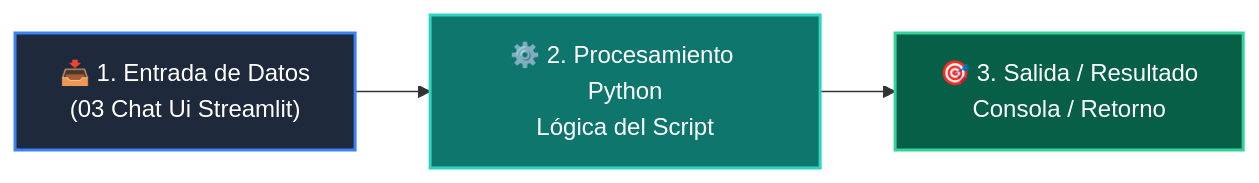
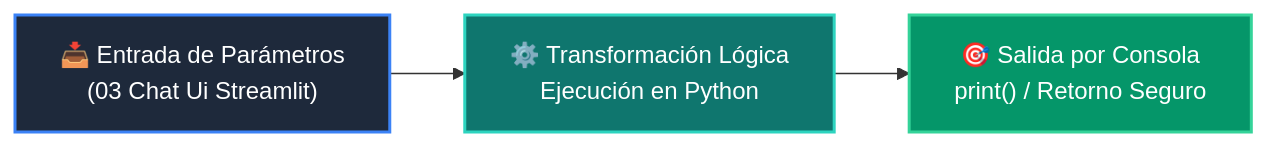
One commit to wisrovi/wisrovi-python changed the diagram in 04-proyecto-final/clase-05-integracion-agente-ia/ejemplos/ejemplo_03_chat_ui_streamlit/README.md. Above: the diagram before and after it, drawn with Mermaid. The commit also changed other lines of this file and 226 other files, not shown here.

Commit message:
docs: elevate all repository READMEs to world-class mastery standard with rich pedagogical architecture, custom Mermaids, and professional styling

````diff
--- a/04-proyecto-final/clase-05-integracion-agente-ia/ejemplos/ejemplo_03_chat_ui_streamlit/README.md
+++ b/04-proyecto-final/clase-05-integracion-agente-ia/ejemplos/ejemplo_03_chat_ui_streamlit/README.md
@@ -12,9 +19,9 @@
 ```mermaid
 flowchart LR
-    A["📥 1. Entrada de Datos<br/>(03 Chat Ui Streamlit)"] --> B["⚙️ 2. Procesamiento Python<br/>Lógica del Script"]
-    B --> C["🎯 3. Salida / Resultado<br/>Consola / Retorno"]
+    A["📥 Entrada de Parámetros<br/>(03 Chat Ui Streamlit)"] --> B["⚙️ Transformación Lógica<br/>Ejecución en Python"]
+    B --> C["🎯 Salida por Consola<br/>print() / Retorno Seguro"]
 
-    style A fill:#1e293b,color:#fff,stroke:#3b82f6,stroke-width:2px
-    style B fill:#0f766e,color:#fff,stroke:#2dd4bf,stroke-width:2px
-    style C fill:#065f46,color:#fff,stroke:#34d399,stroke-width:2px
+    style A fill:#1e293b,color:#ffffff,stroke:#3b82f6,stroke-width:2px
+    style B fill:#0f766e,color:#ffffff,stroke:#2dd4bf,stroke-width:2px
+    style C fill:#059669,color:#ffffff,stroke:#34d399,stroke-width:2px
 ```
````
